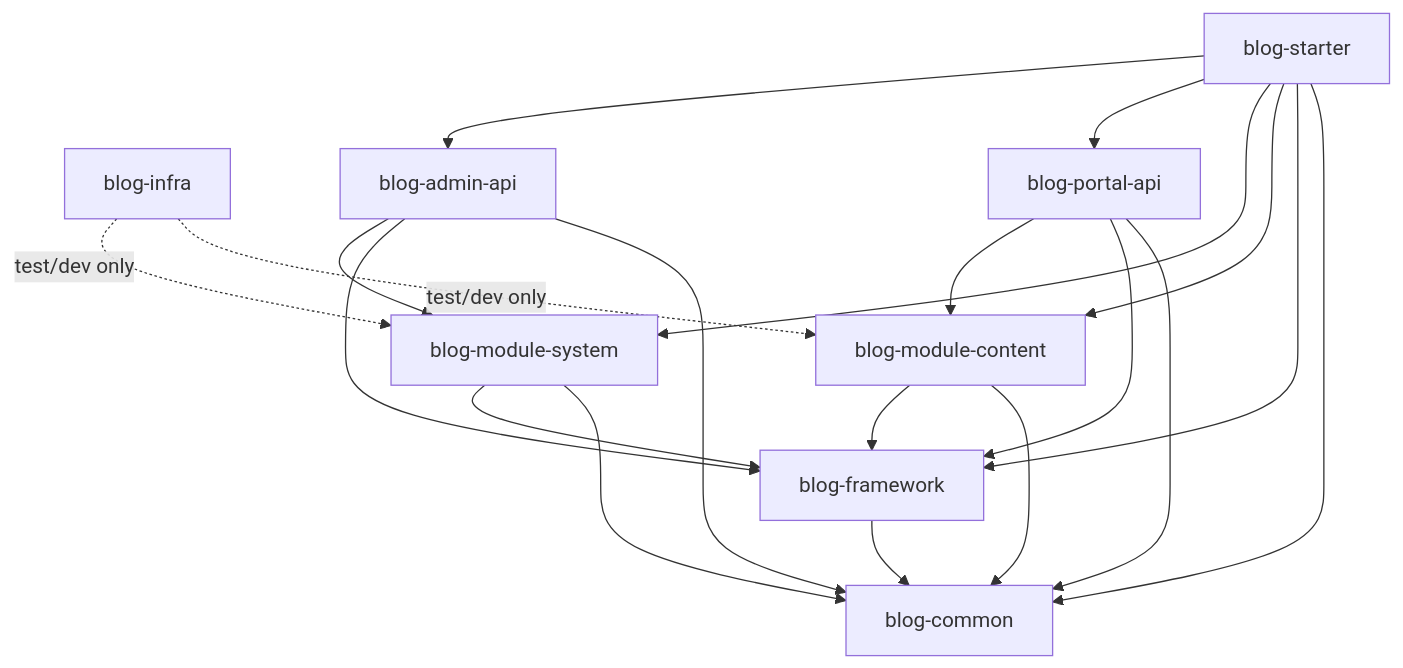
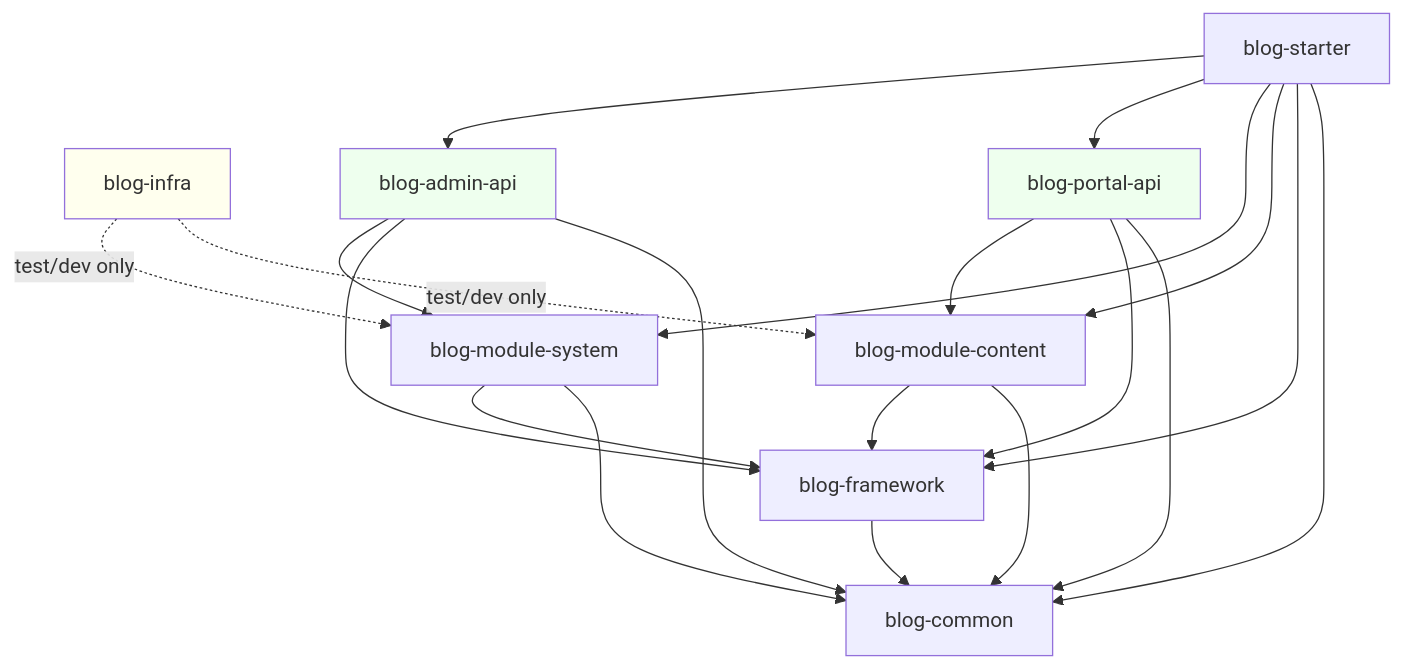
One commit to yaoxia0703/manpower-blog changed the second of 2 diagrams in ARCHITECTURE.md. Above: the diagram before and after it, drawn with Mermaid.

Commit message:
Update architecture documentation with class definitions
Added class definitions for architecture diagram and noted Java version requirement.

````diff
--- a/ARCHITECTURE.md
+++ b/ARCHITECTURE.md
@@ -241,32 +241,44 @@
 ```mermaid
 graph TD
     CM["blog-common"]
     FW["blog-framework"]
     INF["blog-infra"]
     MS["blog-module-system"]
     MC["blog-module-content"]
     AA["blog-admin-api"]
     PA["blog-portal-api"]
     ST["blog-starter"]
 
     FW --> CM
     MS --> FW
     MS --> CM
     MC --> FW
     MC --> CM
     AA --> MS
     AA --> FW
     AA --> CM
     PA --> MC
     PA --> FW
     PA --> CM
     ST --> AA
     ST --> PA
     ST --> MS
     ST --> MC
     ST --> FW
     ST --> CM
 
     INF -. test/dev only .-> MS
     INF -. test/dev only .-> MC
+
+    classDef core fill:#eef;
+    classDef api fill:#efe;
+    classDef infra fill:#ffe;
+
+    class CM core
+    class FW core
+    class MS core
+    class MC core
+    class AA api
+    class PA api
+    class INF infra
 ```
````
